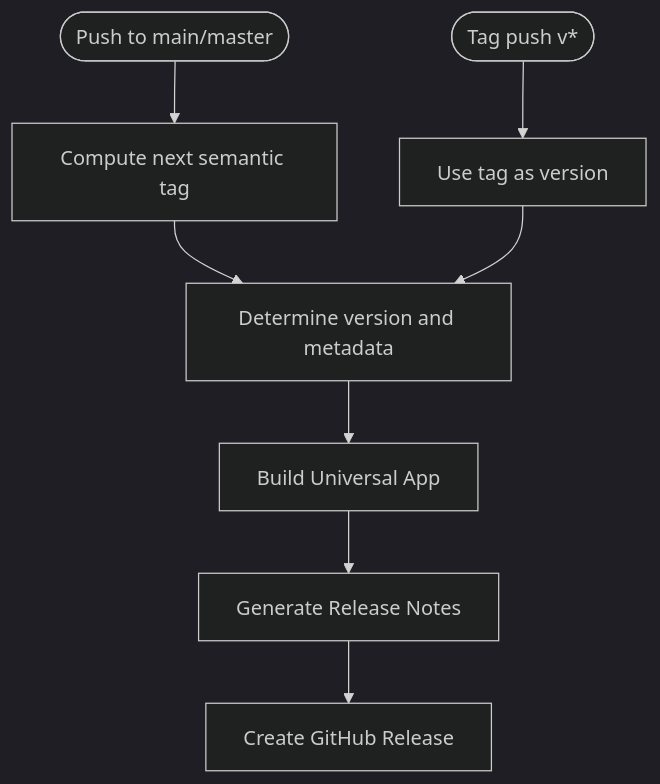
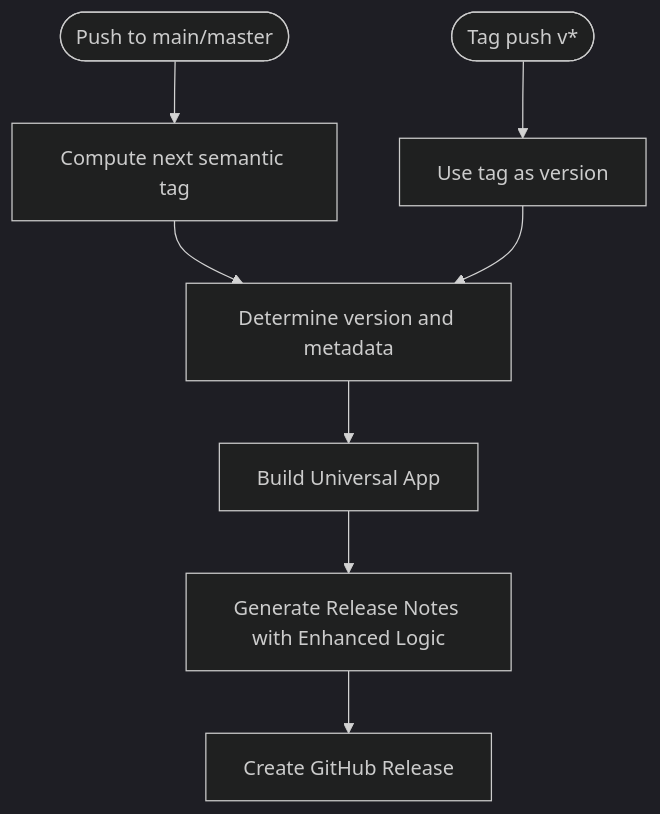
Before and after one commit to Nam088/skey: the eighth of 11 diagrams in .qoder/repowiki/en/content/Build & Deployment.md, drawn with Mermaid (dark theme). The commit also changed other lines of this file and 84 other files, not shown here.

````diff
--- a/.qoder/repowiki/en/content/Build & Deployment.md
+++ b/.qoder/repowiki/en/content/Build & Deployment.md
@@ -338,10 +352,10 @@
 ```mermaid
 flowchart TD
 Push(["Push to main/master"]) --> AutoTag["Compute next semantic tag"]
 TagPush(["Tag push v*"]) --> UseTag["Use tag as version"]
 AutoTag --> Meta["Determine version and metadata"]
 UseTag --> Meta
 Meta --> Build["Build Universal App"]
-Build --> Notes["Generate Release Notes"]
+Build --> Notes["Generate Release Notes with Enhanced Logic"]
 Notes --> Publish["Create GitHub Release"]
 ```
````
